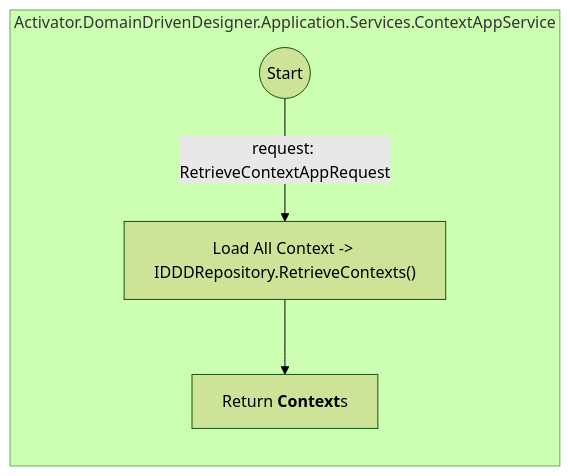
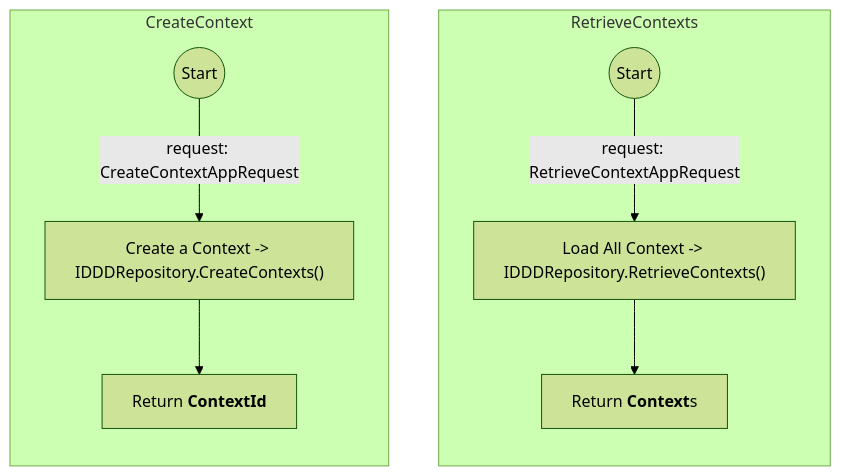
The first of 2 diagrams in UML/Application/ContextAppService.md (sdlfly2000/DomainBasedDesigner), drawn with Mermaid (forest theme) before and after one commit. The commit also changed other lines of this file and 8 other files, not shown here.

Commit message:
Context Retrieve to Controller

````diff
--- a/UML/Application/ContextAppService.md
+++ b/UML/Application/ContextAppService.md
@@ -2,9 +2,16 @@
 ```mermaid
 graph TB
-    subgraph main [Activator.DomainDrivenDesigner.Application.Services.ContextAppService]
+    subgraph RetrieveContexts[RetrieveContexts]
         direction TB
-        start(("Start")) --> 
+        start1(("Start")) --> 
         |request: RetrieveContextAppRequest| loadAllContext["Load All Context -> IDDDRepository.RetrieveContexts()"]-->
-        return["`Return **Context**s`"]
+        return1["`Return **Context**s`"]
+    end
+
+    subgraph main CreateContext[CreateContext]
+        direction TB
+        start2(("Start")) --> 
+        |request: CreateContextAppRequest| CreateContext["Create a Context -> IDDDRepository.CreateContexts()"]-->
+        return2["`Return **ContextId**`"]
     end
 ```
````
